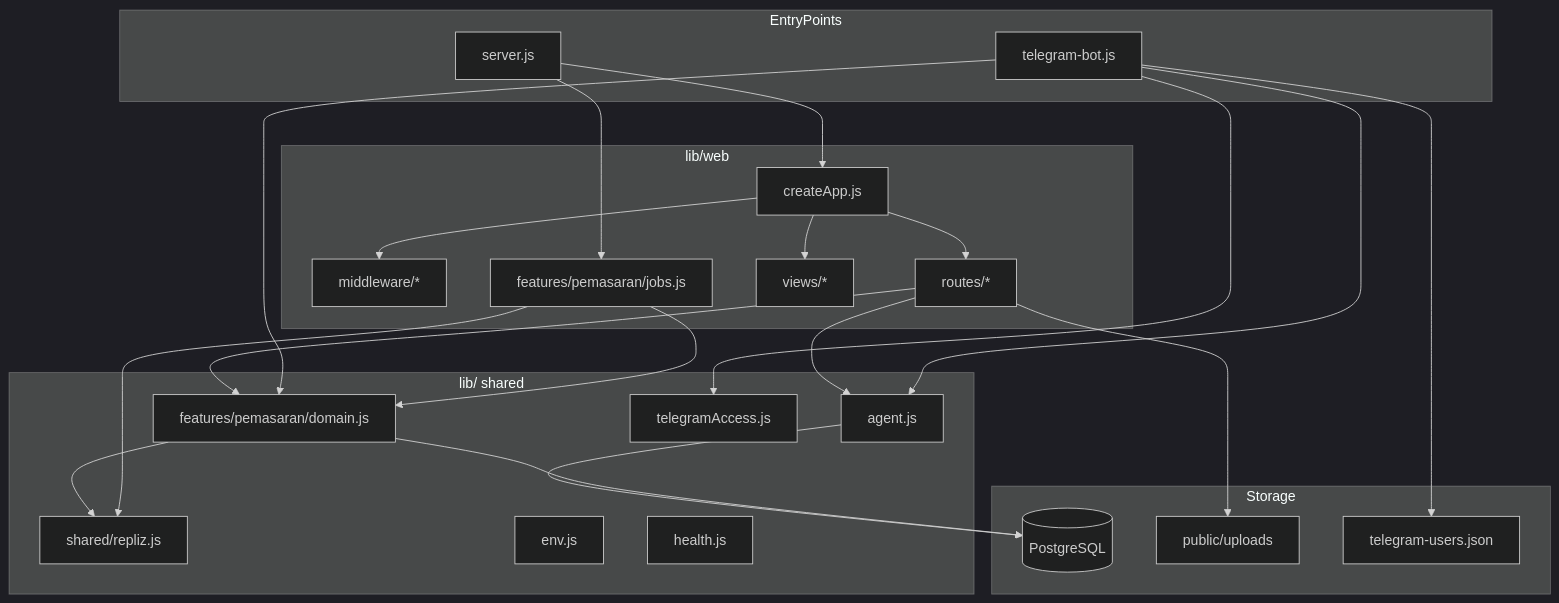
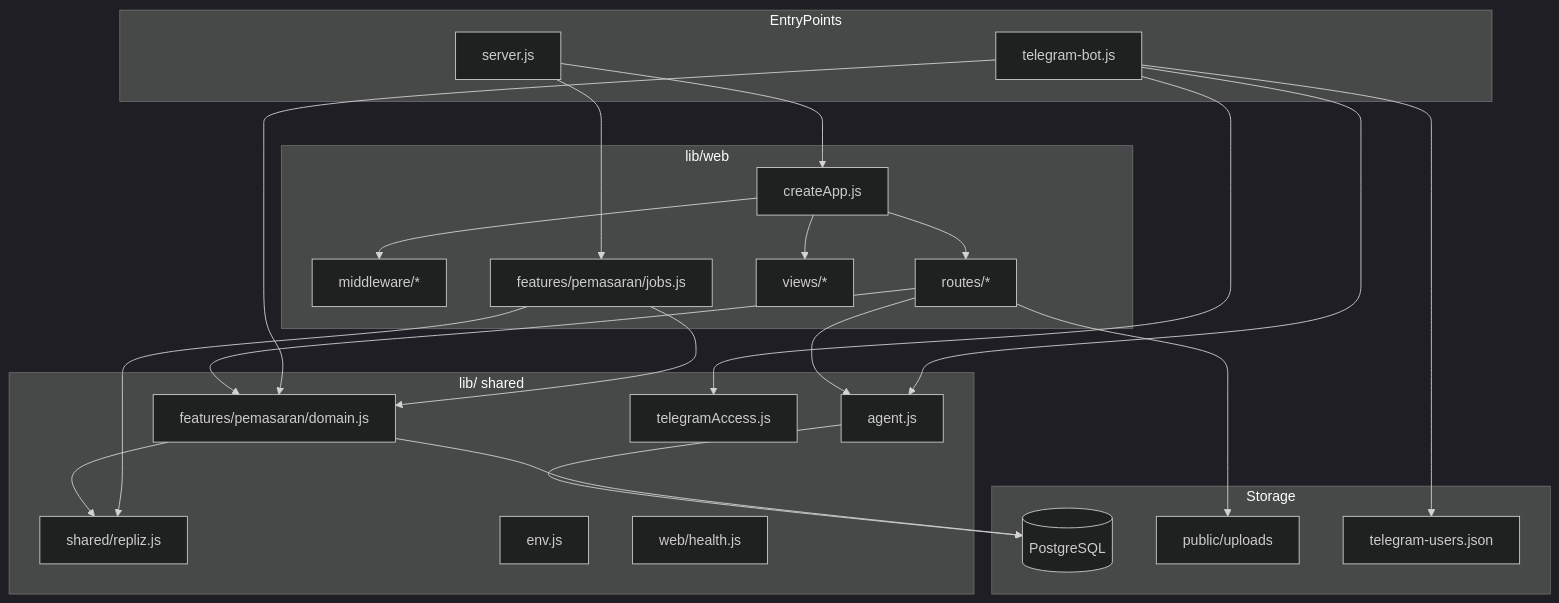
The eighth of 12 diagrams in README.md (iggbudi/socai), drawn with Mermaid (dark theme) before and after one commit. The commit also changed other lines of this file and 17 other files, not shown here.

````diff
--- a/README.md
+++ b/README.md
@@ -398,41 +400,41 @@
 ```mermaid
 flowchart TB
     subgraph EntryPoints
         SRV[server.js]
         TGB[telegram-bot.js]
     end
 
     subgraph WebModule["lib/web"]
         APP[createApp.js]
         MW[middleware/*]
         RT[routes/*]
         VW[views/*]
         RJ[features/pemasaran/jobs.js]
     end
 
     subgraph SharedLib["lib/ shared"]
         AGT[agent.js]
         PEM[features/pemasaran/domain.js]
         REP[shared/repliz.js]
         TAC[telegramAccess.js]
         ENV[env.js]
-        HL[health.js]
+        HL[web/health.js]
     end
 
     subgraph Storage
         PG[(PostgreSQL)]
         FS[public/uploads]
         TUF[telegram-users.json]
     end
 
     SRV --> APP
     APP --> MW & RT & VW
     SRV --> RJ
     RT --> PEM & AGT
     TGB --> AGT & PEM & TAC
     AGT --> PG
     PEM --> REP & PG
     RJ --> PEM & REP
     TGB --> TUF
     RT --> FS
 ```
````
